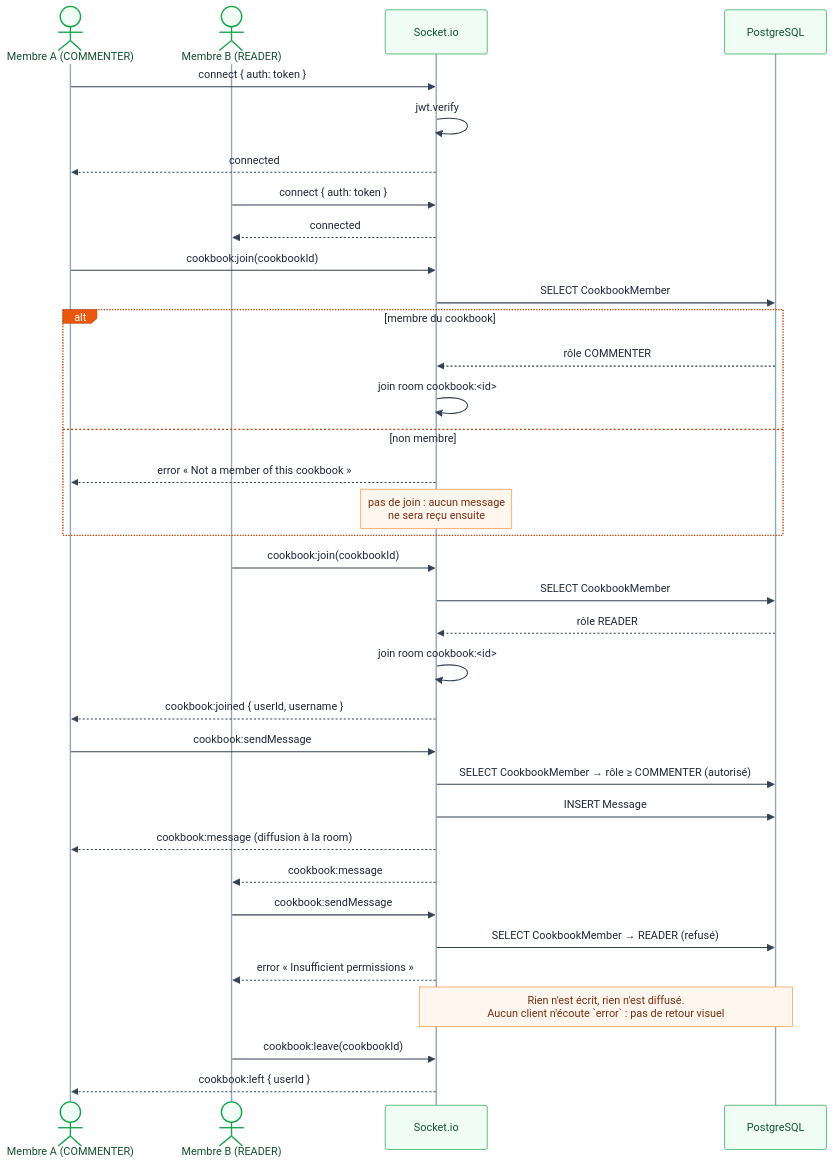
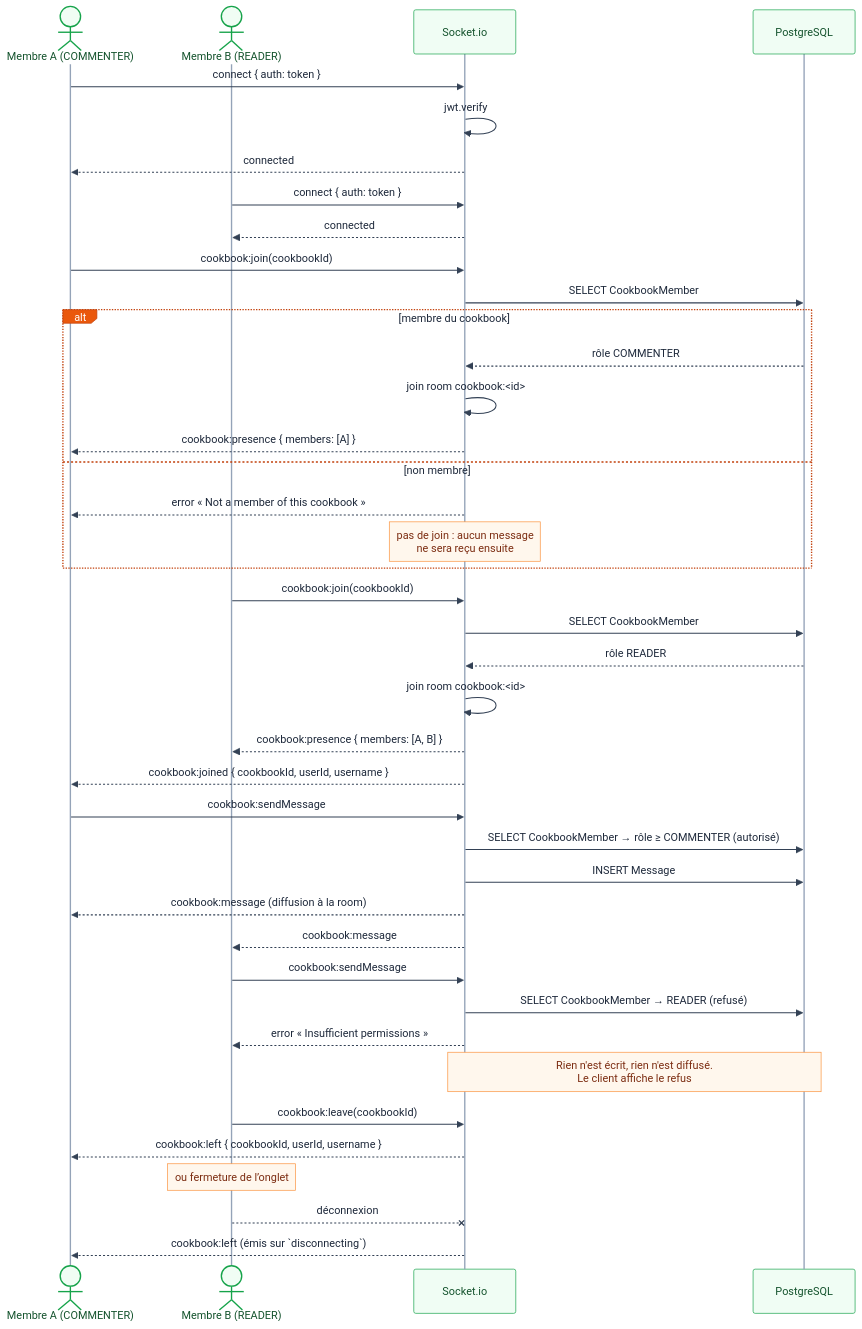
Before and after one commit to assurleaddev/supmeal: the ninth of 14 diagrams in docs/documentation-technique.md, drawn with Mermaid. The commit also changed other lines of this file and 9 other files, not shown here.

````diff
--- a/docs/documentation-technique.md
+++ b/docs/documentation-technique.md
@@ -880,45 +880,51 @@
 ```mermaid
 %%{init: {"theme":"base","themeVariables":{"fontFamily":"Inter, Roboto, Helvetica, Arial, sans-serif","fontSize":"15px","primaryColor":"#f0fdf4","primaryTextColor":"#14532d","primaryBorderColor":"#16a34a","secondaryColor":"#f8fafc","secondaryTextColor":"#1e293b","secondaryBorderColor":"#cbd5e1","tertiaryColor":"#ffffff","tertiaryTextColor":"#1e293b","tertiaryBorderColor":"#e2e8f0","lineColor":"#475569","textColor":"#1e293b","clusterBkg":"#f8fafc","clusterBorder":"#cbd5e1","edgeLabelBackground":"#ffffff","titleColor":"#0f172a","actorBkg":"#f0fdf4","actorBorder":"#16a34a","actorTextColor":"#14532d","actorLineColor":"#94a3b8","signalColor":"#334155","signalTextColor":"#1e293b","labelBoxBkgColor":"#ea580c","labelBoxBorderColor":"#c2410c","labelTextColor":"#ffffff","loopTextColor":"#1e293b","noteBkgColor":"#fff7ed","noteBorderColor":"#fb923c","noteTextColor":"#7c2d12","activationBkgColor":"#dcfce7","activationBorderColor":"#16a34a","attributeBackgroundColorOdd":"#ffffff","attributeBackgroundColorEven":"#f8fafc"}}}%%
 sequenceDiagram
     actor A as Membre A (COMMENTER)
     actor B as Membre B (READER)
     participant S as Socket.io
     participant D as PostgreSQL
 
     A->>S: connect { auth: token }
     S->>S: jwt.verify
     S-->>A: connected
     B->>S: connect { auth: token }
     S-->>B: connected
 
     A->>S: cookbook:join(cookbookId)
     S->>D: SELECT CookbookMember
 
     alt membre du cookbook
         D-->>S: rôle COMMENTER
         S->>S: join room cookbook:<id>
+        S-->>A: cookbook:presence { members: [A] }
     else non membre
         S-->>A: error « Not a member of this cookbook »
         Note over S: pas de join : aucun message<br/>ne sera reçu ensuite
     end
 
     B->>S: cookbook:join(cookbookId)
     S->>D: SELECT CookbookMember
     D-->>S: rôle READER
     S->>S: join room cookbook:<id>
-    S-->>A: cookbook:joined { userId, username }
+    S-->>B: cookbook:presence { members: [A, B] }
+    S-->>A: cookbook:joined { cookbookId, userId, username }
 
     A->>S: cookbook:sendMessage
     S->>D: SELECT CookbookMember → rôle ≥ COMMENTER (autorisé)
     S->>D: INSERT Message
     S-->>A: cookbook:message (diffusion à la room)
     S-->>B: cookbook:message
 
     B->>S: cookbook:sendMessage
     S->>D: SELECT CookbookMember → READER (refusé)
     S-->>B: error « Insufficient permissions »
-    Note over S,D: Rien n'est écrit, rien n'est diffusé.<br/>Aucun client n'écoute `error` : pas de retour visuel
+    Note over S,D: Rien n'est écrit, rien n'est diffusé.<br/>Le client affiche le refus
 
     B->>S: cookbook:leave(cookbookId)
-    S-->>A: cookbook:left { userId }
+    S-->>A: cookbook:left { cookbookId, userId, username }
+
+    Note over B: ou fermeture de l’onglet
+    B--xS: déconnexion
+    S-->>A: cookbook:left (émis sur `disconnecting`)
 ```
````
